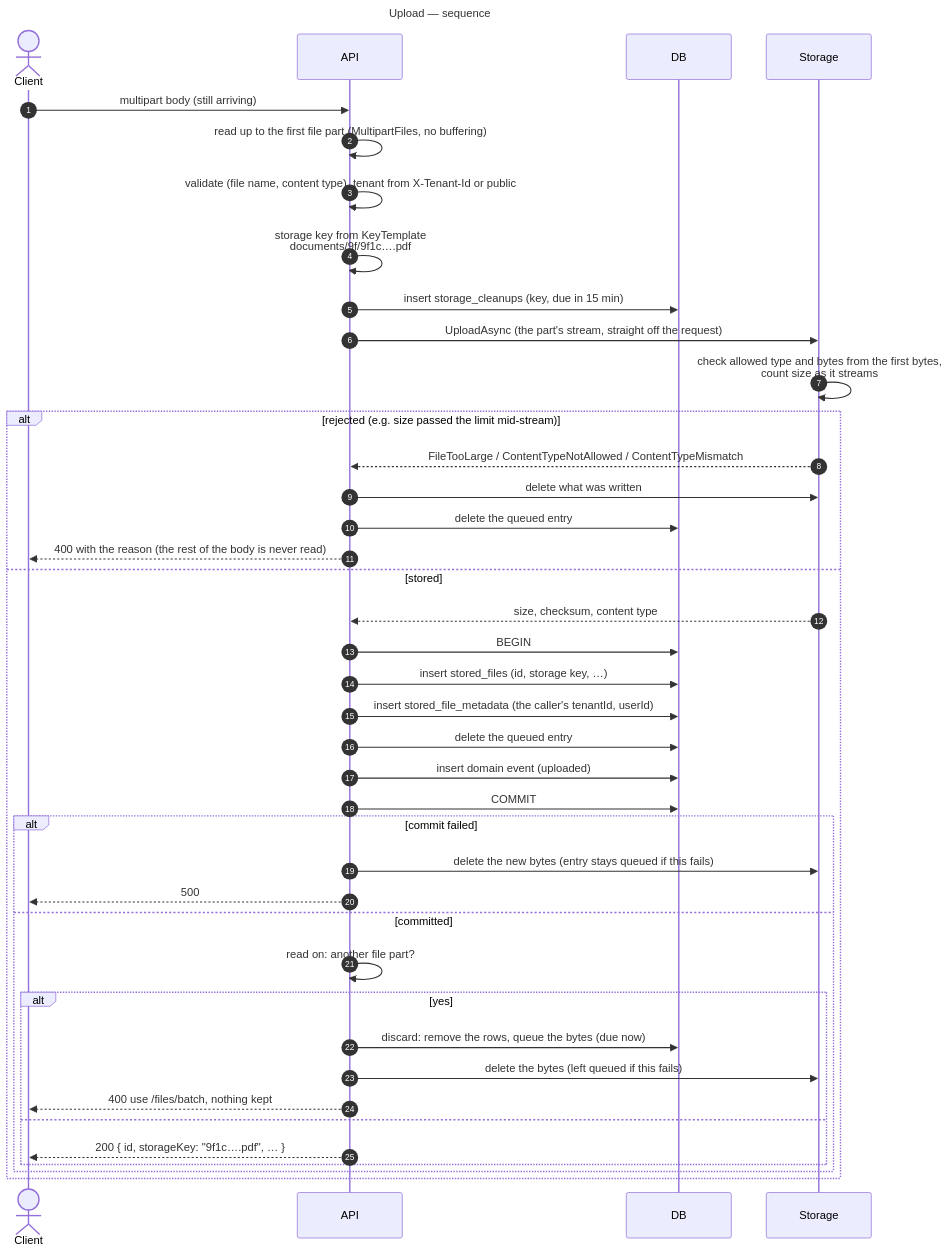
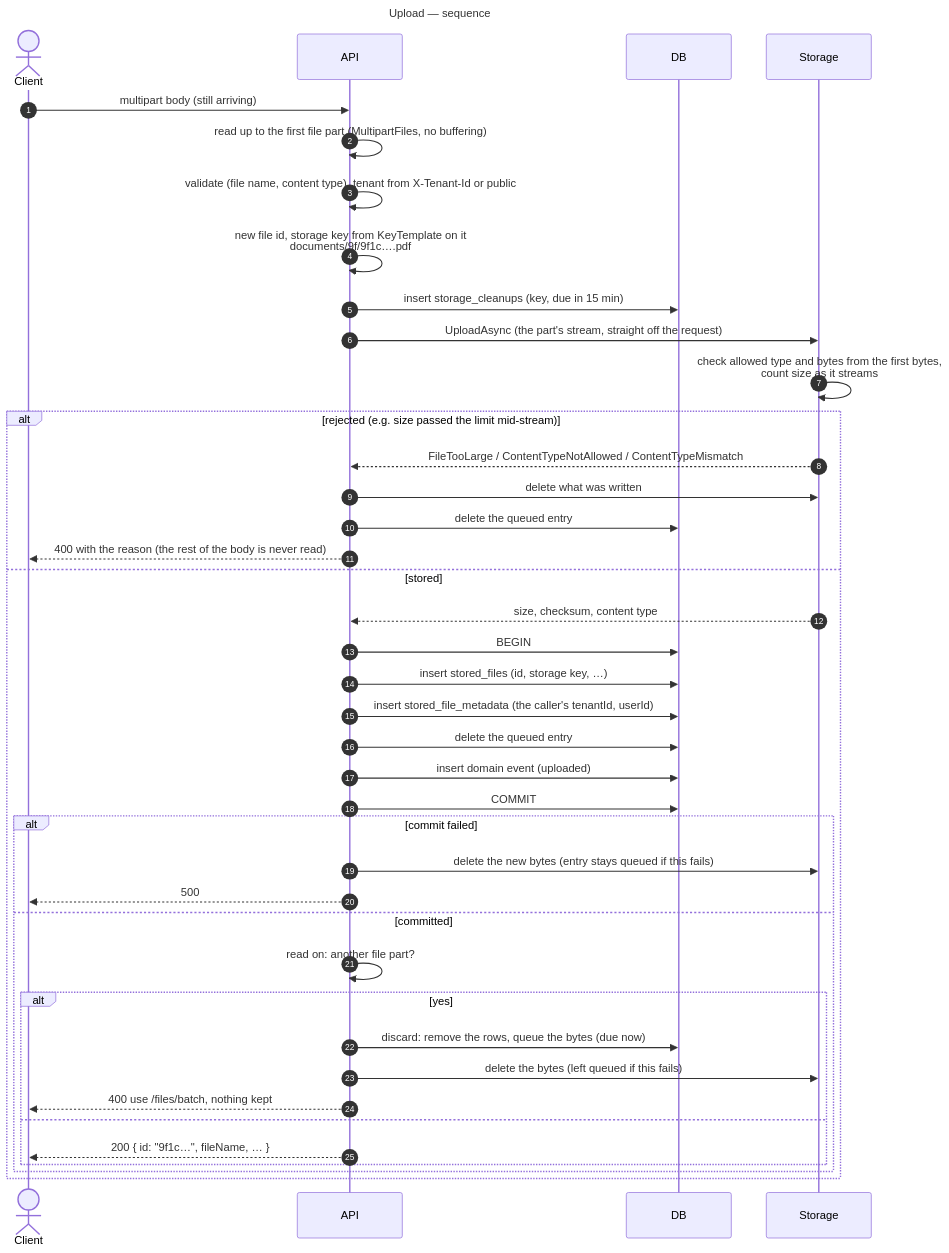
Before and after one commit to gmetskhvarishvili/GM.FileStorage.Samples: the third of 17 diagrams in docs/sequence-diagrams.md, drawn with Mermaid. The commit also changed other lines of this file and 30 other files, not shown here.

````diff
--- a/docs/sequence-diagrams.md
+++ b/docs/sequence-diagrams.md
@@ -93,46 +93,46 @@
 ```mermaid
 ---
 title: Upload — sequence
 ---
 sequenceDiagram
     autonumber
     actor C as Client
     participant API
     participant DB
     participant S as Storage
 
     C->>API: multipart body (still arriving)
     API->>API: read up to the first file part (MultipartFiles, no buffering)
     API->>API: validate (file name, content type), tenant from X-Tenant-Id or public
-    API->>API: storage key from KeyTemplate<br/>documents/9f/9f1c….pdf
+    API->>API: new file id, storage key from KeyTemplate on it<br/>documents/9f/9f1c….pdf
     API->>DB: insert storage_cleanups (key, due in 15 min)
     API->>S: UploadAsync (the part's stream, straight off the request)
     S->>S: check allowed type and bytes from the first bytes,<br/>count size as it streams
     alt rejected (e.g. size passed the limit mid-stream)
         S-->>API: FileTooLarge / ContentTypeNotAllowed / ContentTypeMismatch
         API->>S: delete what was written
         API->>DB: delete the queued entry
         API-->>C: 400 with the reason (the rest of the body is never read)
     else stored
         S-->>API: size, checksum, content type
         API->>DB: BEGIN
         API->>DB: insert stored_files (id, storage key, …)
         API->>DB: insert stored_file_metadata (the caller's tenantId, userId)
         API->>DB: delete the queued entry
         API->>DB: insert domain event (uploaded)
         API->>DB: COMMIT
         alt commit failed
             API->>S: delete the new bytes (entry stays queued if this fails)
             API-->>C: 500
         else committed
             API->>API: read on: another file part?
             alt yes
                 API->>DB: discard: remove the rows, queue the bytes (due now)
                 API->>S: delete the bytes (left queued if this fails)
                 API-->>C: 400 use /files/batch, nothing kept
             else
-                API-->>C: 200 { id, storageKey: "9f1c….pdf", … }
+                API-->>C: 200 { id: "9f1c…", fileName, … }
             end
         end
     end
 ```
````
